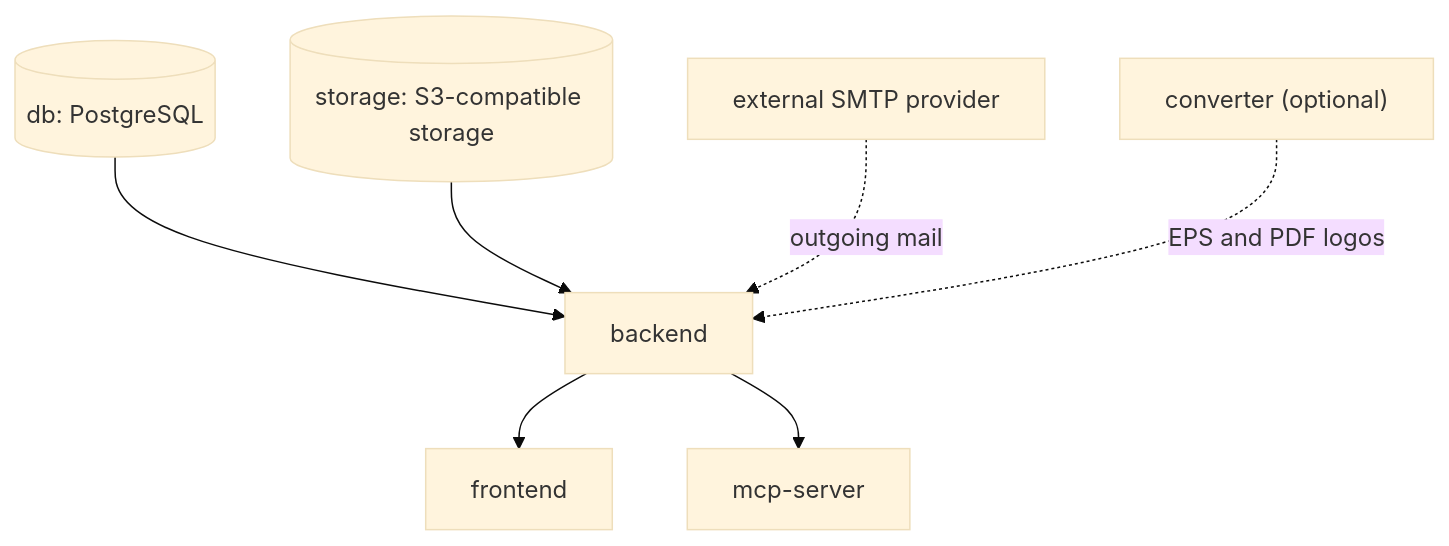
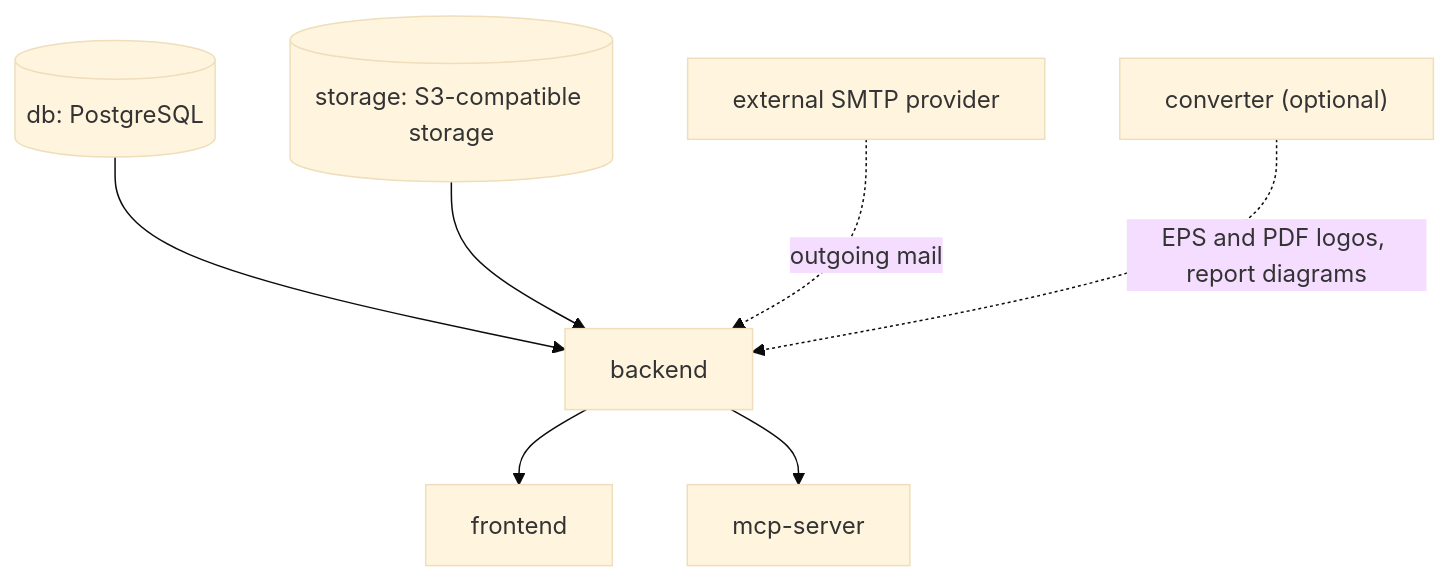
The first of 6 diagrams in docs/deployment.md (ballardr/reqtrackmanager), drawn with Mermaid (base theme) before and after one commit. The commit also changed other lines of this file and 2562 other files, not shown here.

````diff
--- a/docs/deployment.md
+++ b/docs/deployment.md
@@ -25,9 +37,9 @@
 ```mermaid
 flowchart TD
     DB[(db: PostgreSQL)] --> BE[backend]
     Storage[(storage: S3-compatible storage)] --> BE
     BE --> FE[frontend]
     BE --> MCP[mcp-server]
     SMTP[external SMTP provider] -.->|outgoing mail| BE
-    CV["converter (optional)"] -.->|EPS and PDF logos| BE
+    CV["converter (optional)"] -.->|EPS and PDF logos, report diagrams| BE
 ```
````
